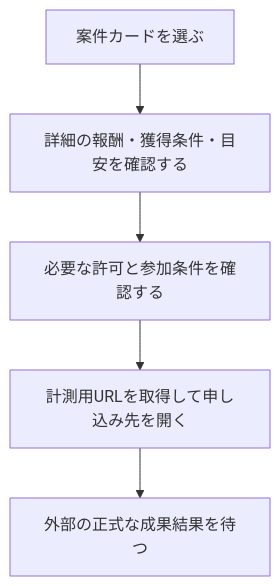
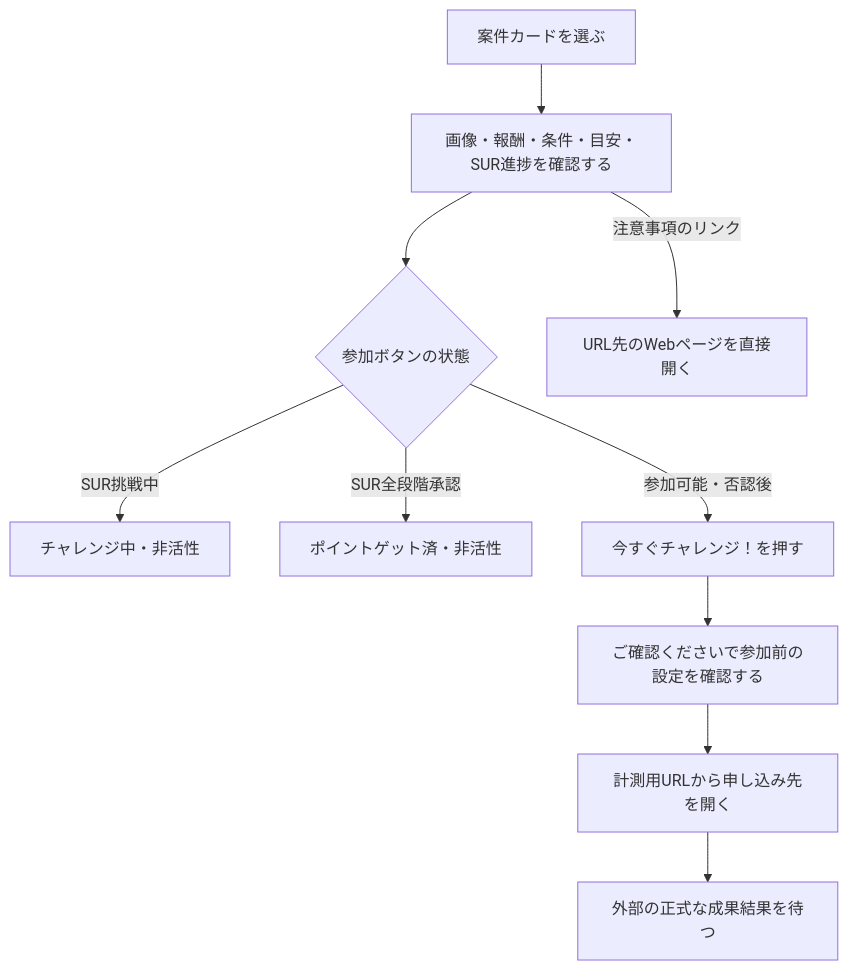
One commit to Min-Thu-Khant/pochipo-mock-en changed the diagram in docs/prd/features/F04-offer-entry.md. Above: the diagram before and after it, drawn with Mermaid. The commit also changed other lines of this file and 42 other files, not shown here.

````diff
--- a/docs/prd/features/F04-offer-entry.md
+++ b/docs/prd/features/F04-offer-entry.md
@@ -51,12 +85,12 @@
 ```mermaid
 flowchart TD
-  A0["案件カードを選ぶ"]
-  A1["詳細の報酬・獲得条件・目安を確認する"]
-  A2["必要な許可と参加条件を確認する"]
-  A3["計測用URLを取得して申し込み先を開く"]
-  A4["外部の正式な成果結果を待つ"]
-  A0 --> A1
-  A1 --> A2
-  A2 --> A3
-  A3 --> A4
+  A0["案件カードを選ぶ"] --> A1["画像・報酬・条件・目安・SUR進捗を確認する"]
+  A1 --> B{"参加ボタンの状態"}
+  B -->|SUR挑戦中| B1["チャレンジ中・非活性"]
+  B -->|SUR全段階承認| B2["ポイントゲット済・非活性"]
+  B -->|参加可能・否認後| A2["今すぐチャレンジ！を押す"]
+  A2 --> A3["ご確認くださいで参加前の設定を確認する"]
+  A3 --> A4["計測用URLから申し込み先を開く"]
+  A4 --> A5["外部の正式な成果結果を待つ"]
+  A1 -->|注意事項のリンク| N["URL先のWebページを直接開く"]
 ```
````
